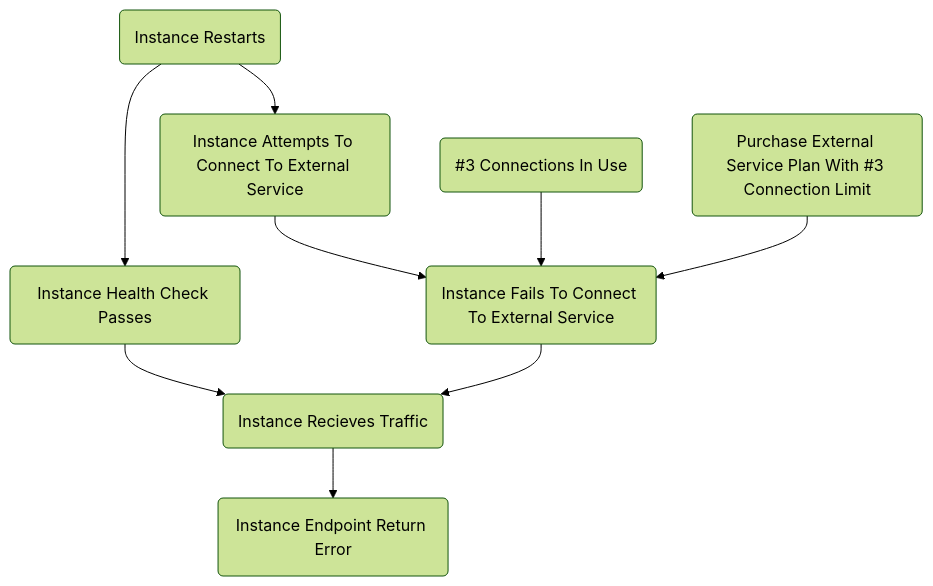
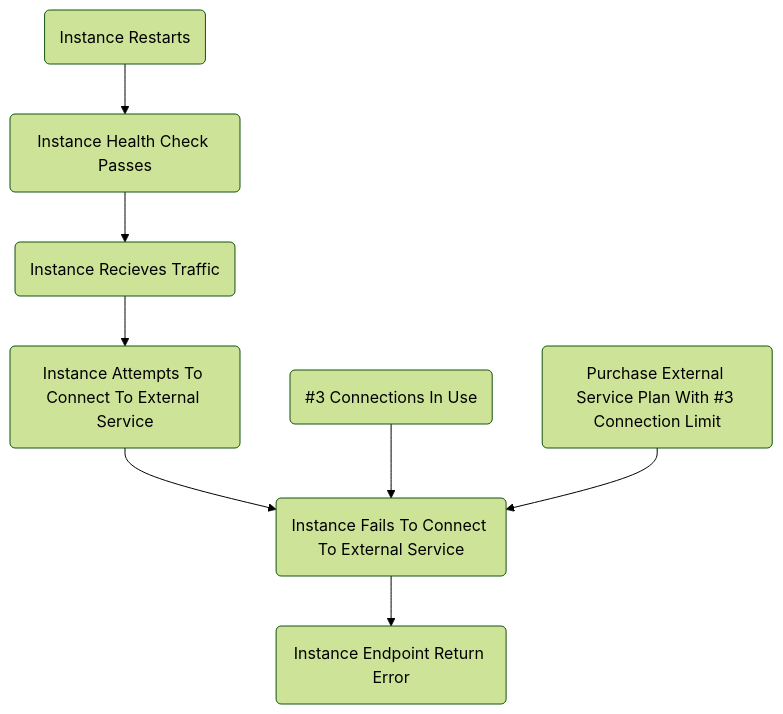
One commit to Cori1109/Cori1109.github.io changed the diagram in content/post/causal-diagrams.md. Above: the diagram before and after it, drawn with Mermaid (forest theme).

````diff
--- a/content/post/causal-diagrams.md
+++ b/content/post/causal-diagrams.md
@@ -16,18 +16,17 @@
 ```mermaid
 graph TD
     A(Instance Restarts)
     B(Instance Attempts To Connect To External Service)
     C(Instance Fails To Connect To External Service)
     D(Purchase External Service Plan With #3 Connection Limit)
     E(#3 Connections In Use)
     F(Instance Health Check Passes)
     G(Instance Recieves Traffic)
     H(Instance Endpoint Return Error)
    
-    A --> B --> C
+    G --> B --> C
     A --> F --> G
-    C --> G
     E --> C
     D --> C
-    G --> H
+    C --> H
 ```
````
